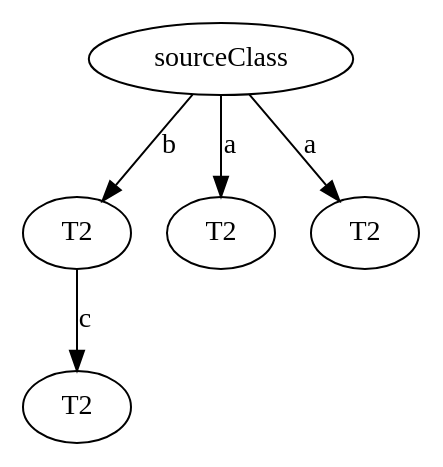
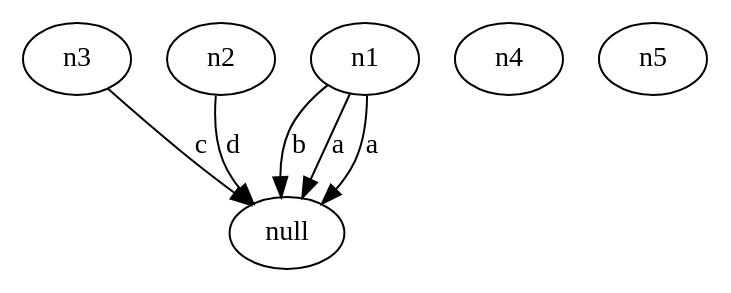
One commit to varivera/aliasing-java changed the diagram in AliasingImpl/source/t.dot. Above: the diagram before and after it, drawn with Graphviz. The commit also changed other lines of this file and 3 other files, not shown here.

Commit message:
TODO: problem not fixed (graph visualisation: tests/AliasDiagramTest)

```diff
--- a/AliasingImpl/source/t.dot
+++ b/AliasingImpl/source/t.dot
@@ -1,11 +1,12 @@
 digraph G {
-n4->n5 [label="c"]
-n1->n4 [label="b"]
-n1->n3 [label="a"]
-n1->n2 [label="a"]
-n1[label="sourceClass"]
-n2[label="T2"]
-n3[label="T2"]
-n4[label="T2"]
-n5[label="T2"]
+n3->null [label="c"]
+n2->null [label="d"]
+n1->null [label="b"]
+n1->null [label="a"]
+n1->null [label="a"]
+n1[label="n1"]
+n2[label="n2"]
+n3[label="n3"]
+n4[label="n4"]
+n5[label="n5"]
 }
```
